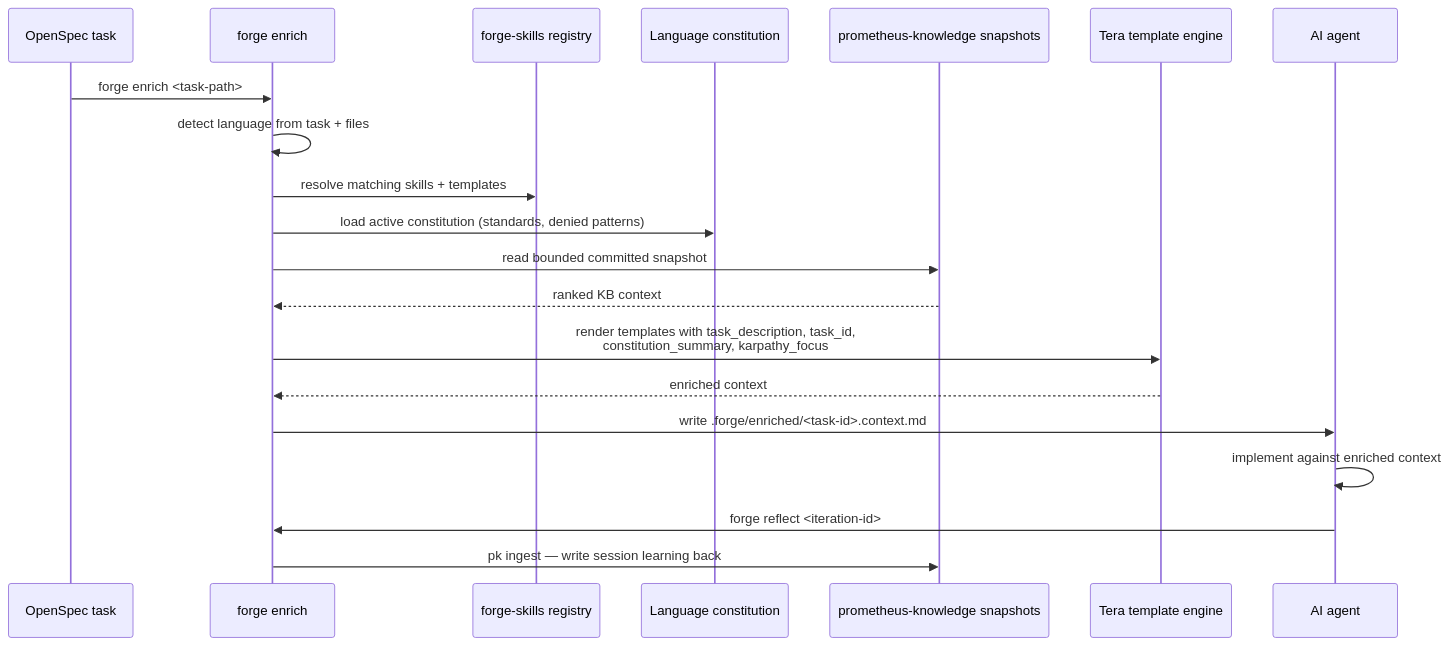
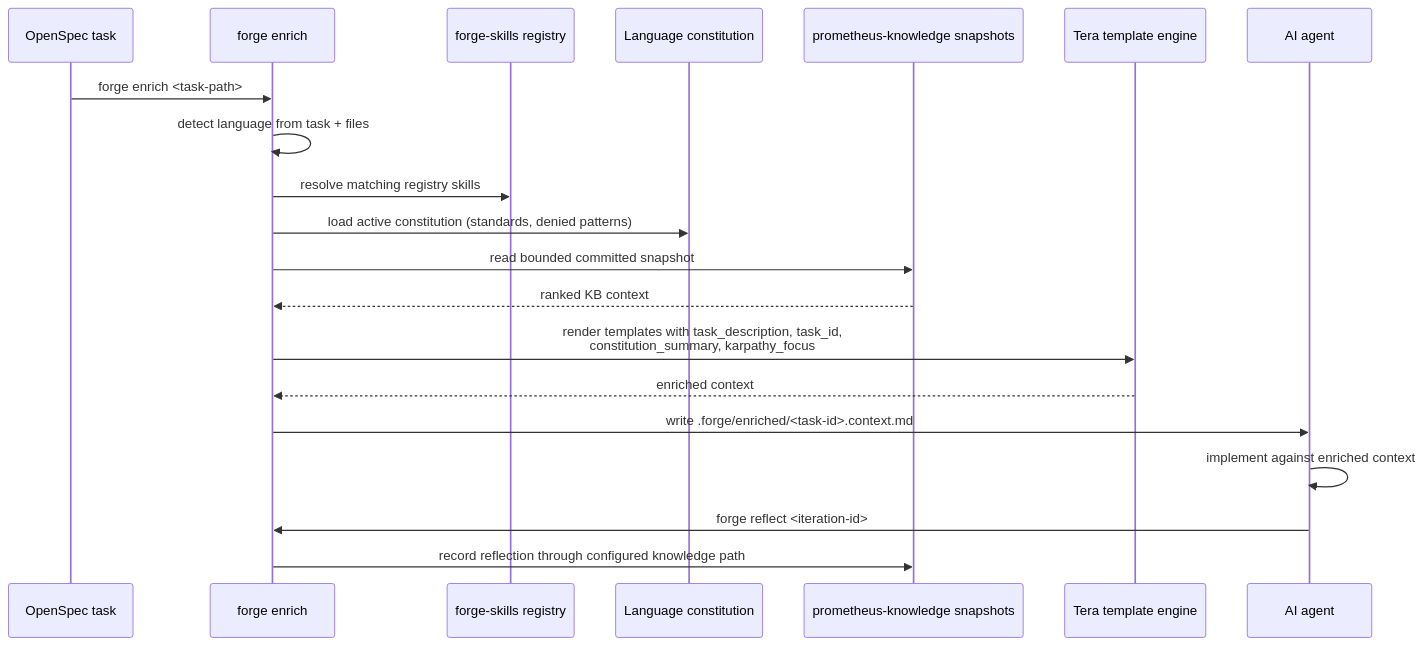
Before and after one commit to Prometheus-AGS/prometheus-skill-system: the second of 3 diagrams in docs/guide/04-four-layer-pipeline.md, drawn with Mermaid. The commit also changed other lines of this file and 944 other files, not shown here.

````diff
--- a/docs/guide/04-four-layer-pipeline.md
+++ b/docs/guide/04-four-layer-pipeline.md
@@ -47,23 +47,23 @@
 ```mermaid
 sequenceDiagram
     participant Task as OpenSpec task
     participant Forge as forge enrich
     participant Skills as forge-skills registry
     participant Const as Language constitution
     participant PK as prometheus-knowledge snapshots
     participant Tera as Tera template engine
     participant Agent as AI agent
 
     Task->>Forge: forge enrich <task-path>
     Forge->>Forge: detect language from task + files
-    Forge->>Skills: resolve matching skills + templates
+    Forge->>Skills: resolve matching registry skills
     Forge->>Const: load active constitution (standards, denied patterns)
     Forge->>PK: read bounded committed snapshot
     PK-->>Forge: ranked KB context
     Forge->>Tera: render templates with task_description, task_id,<br/>constitution_summary, karpathy_focus
     Tera-->>Forge: enriched context
     Forge->>Agent: write .forge/enriched/<task-id>.context.md
     Agent->>Agent: implement against enriched context
     Agent->>Forge: forge reflect <iteration-id>
-    Forge->>PK: pk ingest — write session learning back
+    Forge->>PK: record reflection through configured knowledge path
 ```
````
